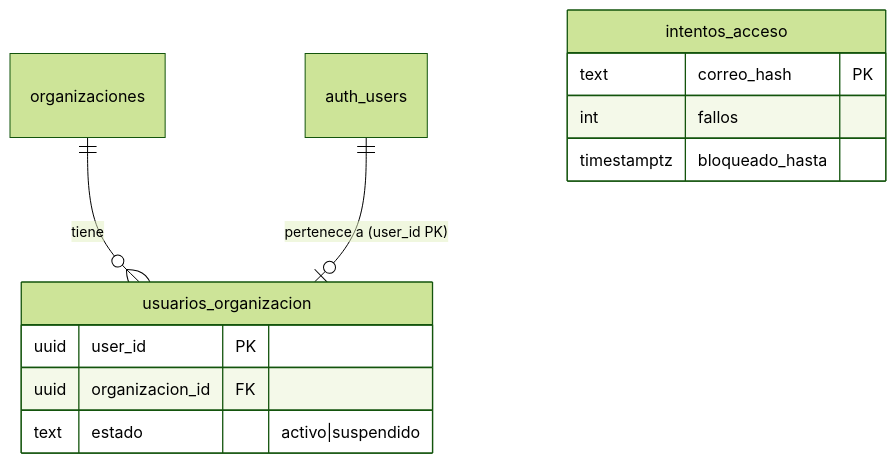
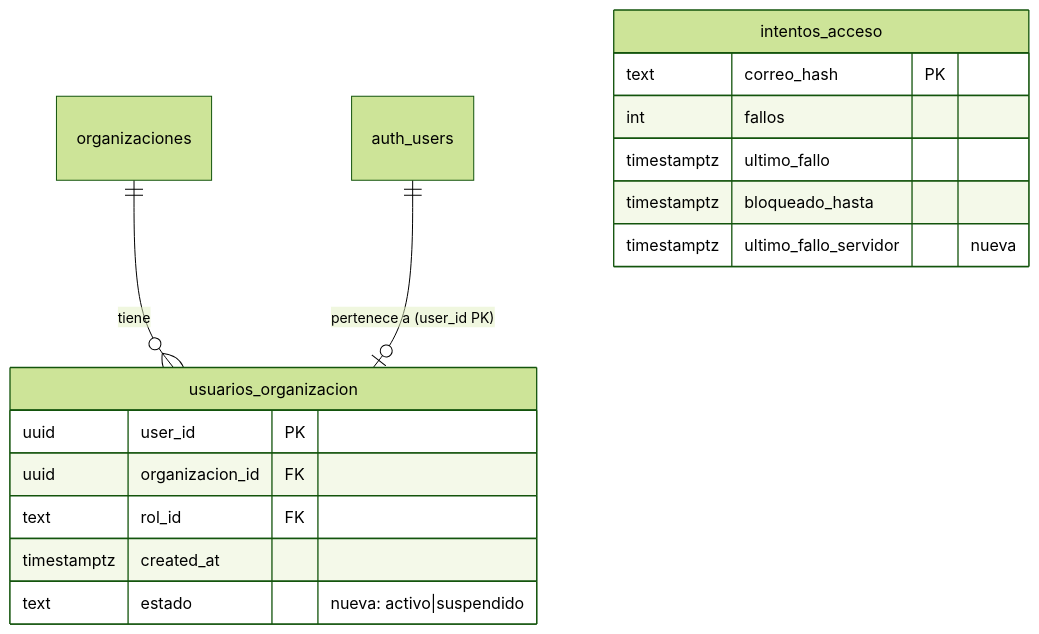
The seventh of 22 diagrams in docs/tecnico/datos.md (nicolasjones/multistorefront-meli), drawn with Mermaid (forest theme) before and after one commit. The commit also changed other lines of this file and 14 other files, not shown here.

````diff
--- a/docs/tecnico/datos.md
+++ b/docs/tecnico/datos.md
@@ -441,11 +451,15 @@
 ```mermaid
 erDiagram
   organizaciones ||--o{ usuarios_organizacion : "tiene"
   auth_users ||--o| usuarios_organizacion : "pertenece a (user_id PK)"
   usuarios_organizacion { uuid user_id PK
     uuid organizacion_id FK
-    text estado "activo|suspendido" }
+    text rol_id FK
+    timestamptz created_at
+    text estado "nueva: activo|suspendido" }
   intentos_acceso { text correo_hash PK
     int fallos
-    timestamptz bloqueado_hasta }
+    timestamptz ultimo_fallo
+    timestamptz bloqueado_hasta
+    timestamptz ultimo_fallo_servidor "nueva" }
 ```
````
